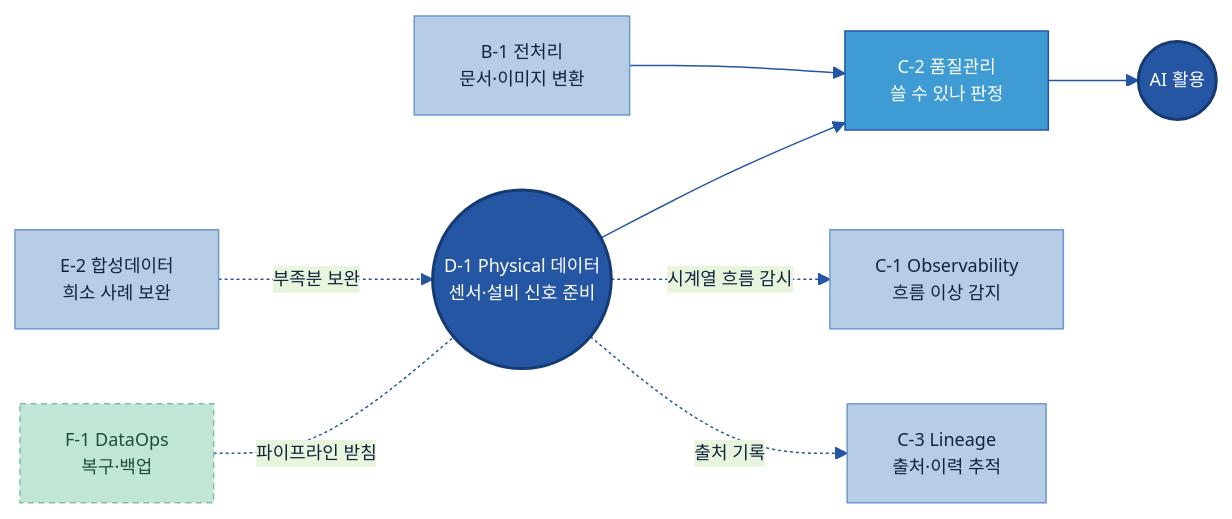
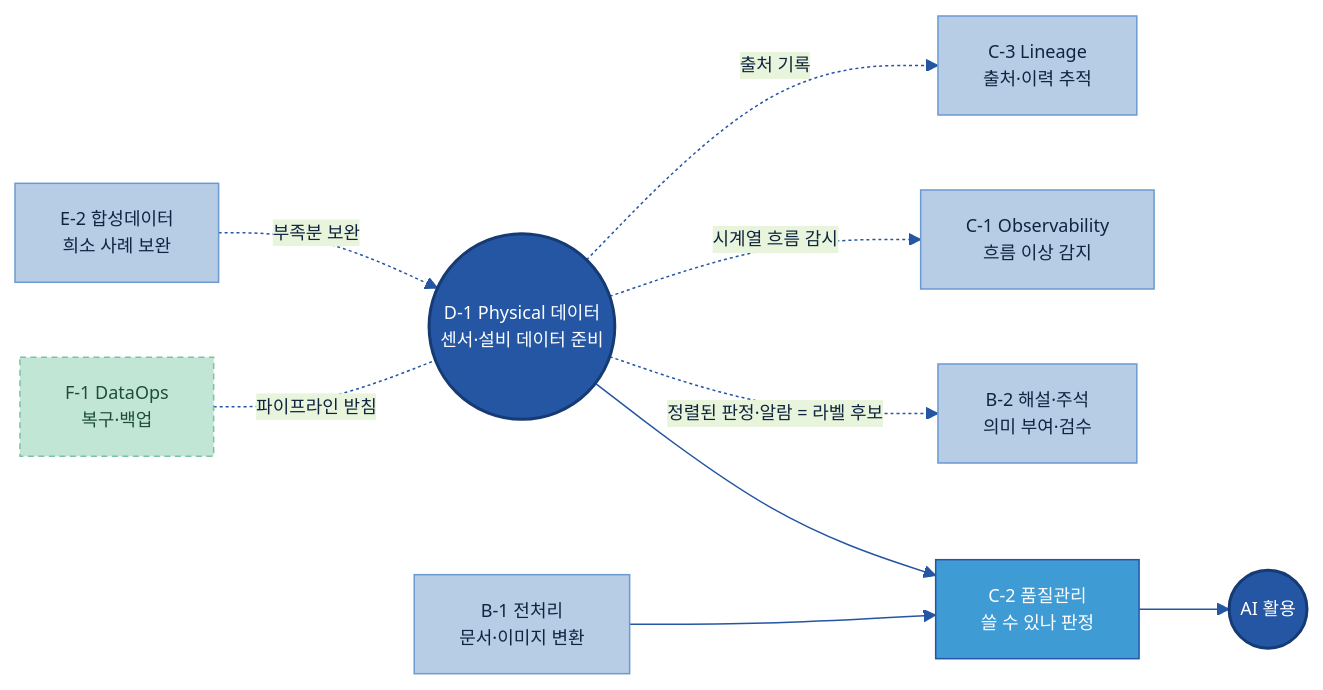
The tenth of 10 diagrams in 가이드 작성/D-1 Physical 데이터/D-1 Physical 데이터.md (jin-kearney/ai-ready-data-manual), drawn with Mermaid before and after one commit. The commit also changed other lines of this file and 2 other files, not shown here.

````diff
--- a/가이드 작성/D-1 Physical 데이터/D-1 Physical 데이터.md
+++ b/가이드 작성/D-1 Physical 데이터/D-1 Physical 데이터.md
@@ -528,22 +607,24 @@
 ```mermaid
 %%{init: {'theme':'base','themeVariables':{'primaryColor':'#DCE8F5','primaryBorderColor':'#2456A4','primaryTextColor':'#10243f','lineColor':'#2456A4','clusterBkg':'#EEF4FB','clusterBorder':'#6B9AD1','fontSize':'12px'}}}%%
 flowchart LR
-    D1(("D-1 Physical 데이터<br/>센서·설비 신호 준비")):::cat
+    D1(("D-1 Physical 데이터<br/>센서·설비 데이터 준비")):::cat
     B1["B-1 전처리<br/>문서·이미지 변환"]:::n
+    B2["B-2 해설·주석<br/>의미 부여·검수"]:::n
     C2["C-2 품질관리<br/>쓸 수 있나 판정"]:::gate
     C1["C-1 Observability<br/>흐름 이상 감지"]:::n
     C3["C-3 Lineage<br/>출처·이력 추적"]:::n
     F1["F-1 DataOps<br/>복구·백업"]:::cross
     E2["E-2 합성데이터<br/>희소 사례 보완"]:::n
     AI(("AI 활용")):::cat
     D1 --> C2 --> AI
+    D1 -. 정렬된 판정·알람 = 라벨 후보 .-> B2
     D1 -. 시계열 흐름 감시 .-> C1
     D1 -. 출처 기록 .-> C3
     F1 -. 파이프라인 받침 .- D1
     E2 -. 부족분 보완 .-> D1
     B1 --> C2
     classDef n fill:#B7CDE6,stroke:#6B9AD1,color:#10243f;
     classDef gate fill:#3F9BD4,stroke:#2456A4,color:#fff;
     classDef cat fill:#2456A4,color:#fff,stroke:#163a73,stroke-width:2px;
     classDef cross fill:#C2E6D6,stroke:#7CC2A7,color:#1f4d3a,stroke-dasharray:4 3;
 ```
````
